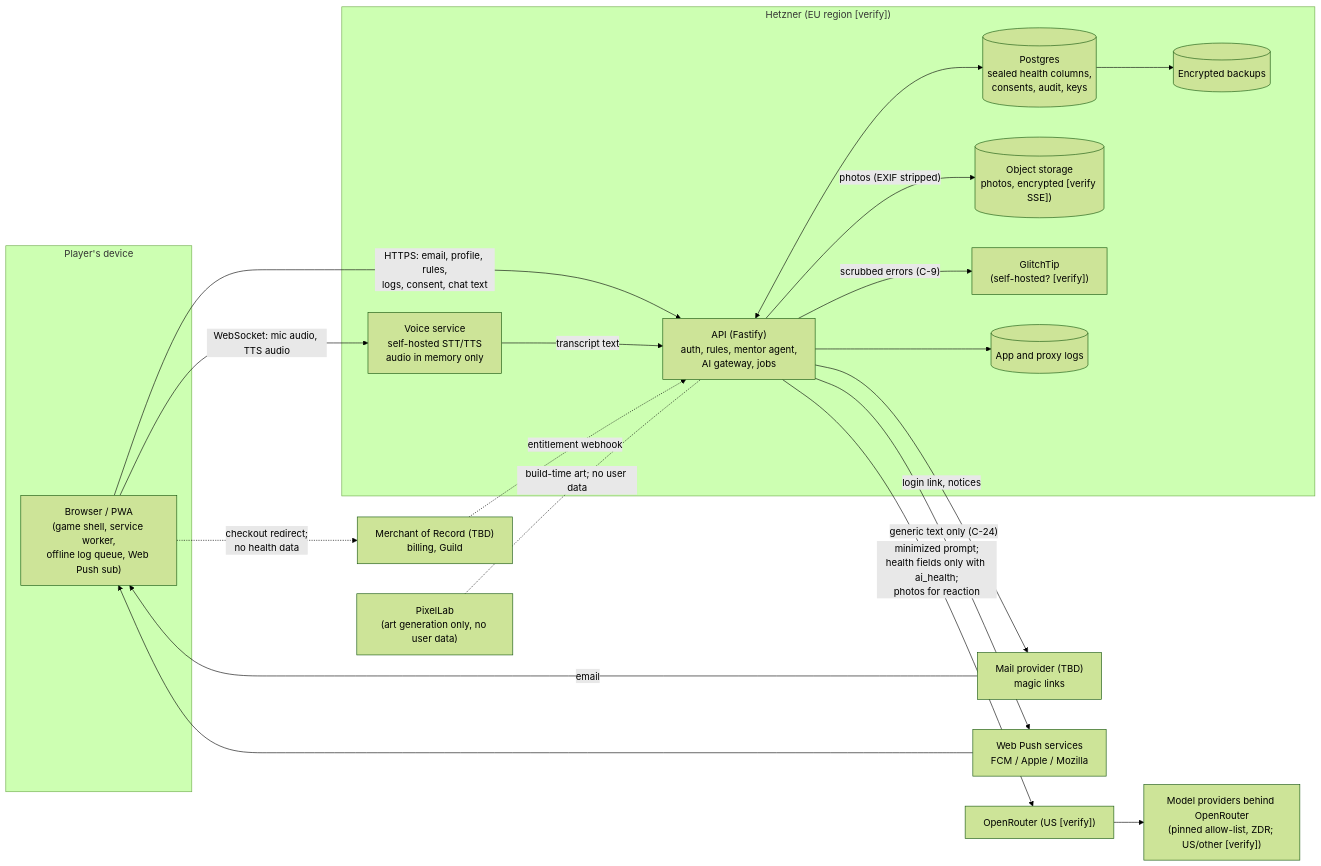
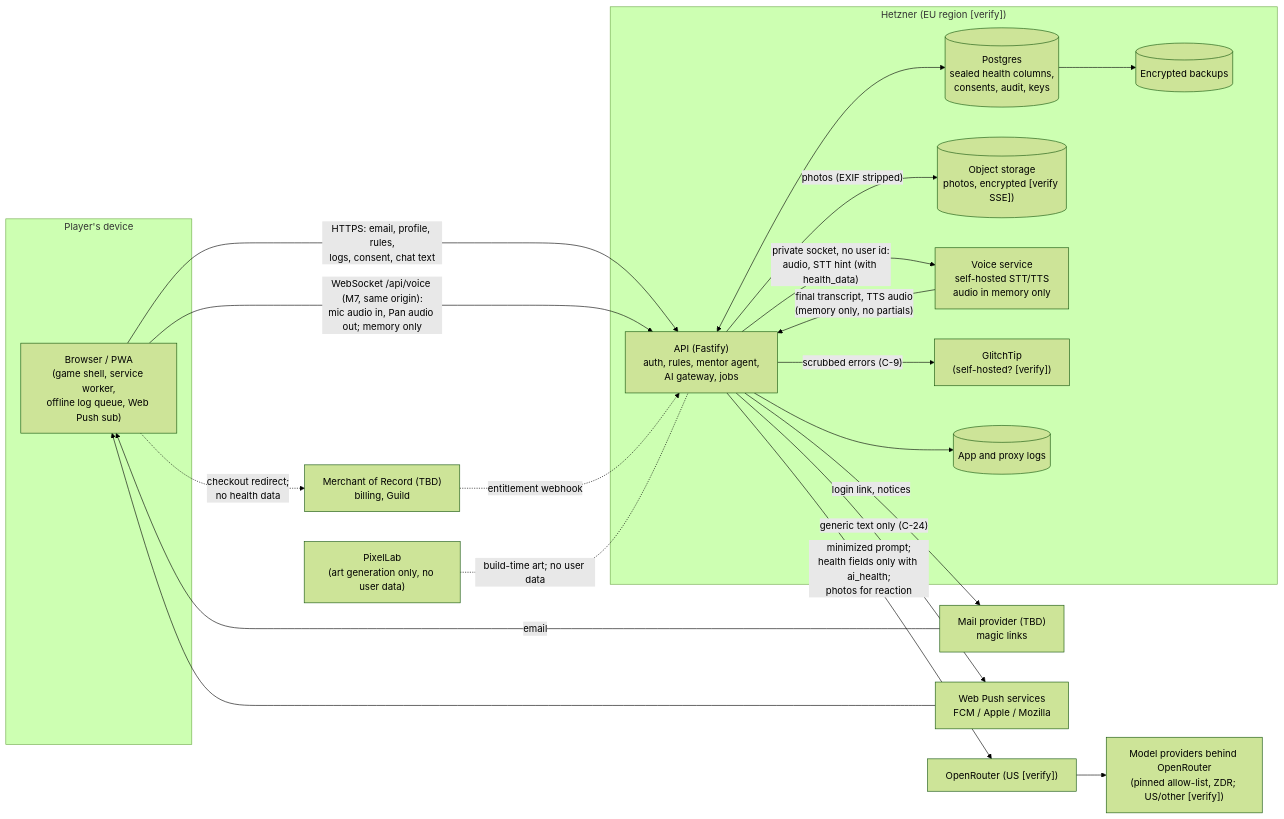
One commit to lizTheDeveloper/KitchenQuest changed the diagram in docs/compliance/data-inventory.md. Above: the diagram before and after it, drawn with Mermaid (forest theme). The commit also changed other lines of this file and 6 other files, not shown here.

````diff
--- a/docs/compliance/data-inventory.md
+++ b/docs/compliance/data-inventory.md
@@ -22,41 +22,42 @@
 ```mermaid
 flowchart LR
   subgraph Device["Player's device"]
     B["Browser / PWA<br/>(game shell, service worker,<br/>offline log queue, Web Push sub)"]
   end
 
   subgraph Hetzner["Hetzner (EU region [verify])"]
     API["API (Fastify)<br/>auth, rules, mentor agent,<br/>AI gateway, jobs"]
     PG[("Postgres<br/>sealed health columns,<br/>consents, audit, keys")]
     OBJ[("Object storage<br/>photos, encrypted [verify SSE])")]
     VOICE["Voice service<br/>self-hosted STT/TTS<br/>audio in memory only"]
     GT["GlitchTip<br/>(self-hosted? [verify])"]
     LOGS[("App and proxy logs")]
     BKP[("Encrypted backups")]
   end
 
   OR["OpenRouter (US [verify])"]
   MP["Model providers behind OpenRouter<br/>(pinned allow-list, ZDR; US/other [verify])"]
   MAIL["Mail provider (TBD)<br/>magic links"]
   PUSH["Web Push services<br/>FCM / Apple / Mozilla"]
   PL["PixelLab<br/>(art generation only, no user data)"]
   MOR["Merchant of Record (TBD)<br/>billing, Guild"]
 
   B -- "HTTPS: email, profile, rules,<br/>logs, consent, chat text" --> API
-  B -- "WebSocket: mic audio, TTS audio" --> VOICE
-  VOICE -- "transcript text" --> API
+  B -- "WebSocket /api/voice (M7, same origin):<br/>mic audio in, Pan audio out; memory only" --> API
+  API -- "private socket, no user id:<br/>audio, STT hint (with health_data)" --> VOICE
+  VOICE -- "final transcript, TTS audio<br/>(memory only, no partials)" --> API
   API <--> PG
   API -- "photos (EXIF stripped)" --> OBJ
   API -- "minimized prompt;<br/>health fields only with ai_health;<br/>photos for reaction" --> OR
   OR --> MP
   API -- "login link, notices" --> MAIL
   MAIL -- "email" --> B
   API -- "generic text only (C-24)" --> PUSH
   PUSH --> B
   API -- "scrubbed errors (C-9)" --> GT
   API --> LOGS
   PG --> BKP
   B -. "checkout redirect;<br/>no health data" .-> MOR
   MOR -. "entitlement webhook" .-> API
   PL -. "build-time art; no user data" .- API
 ```
````
